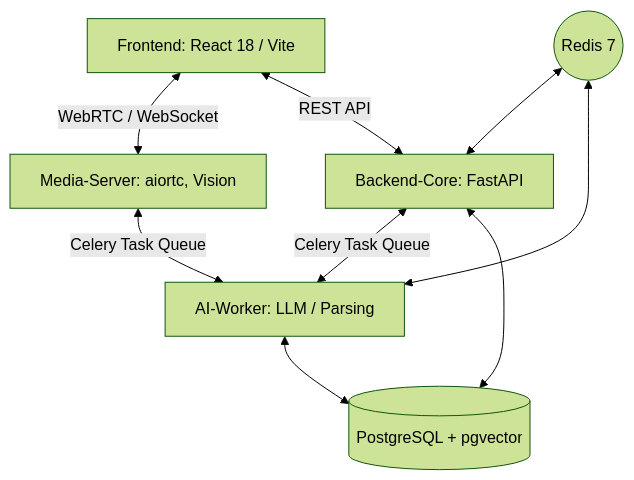
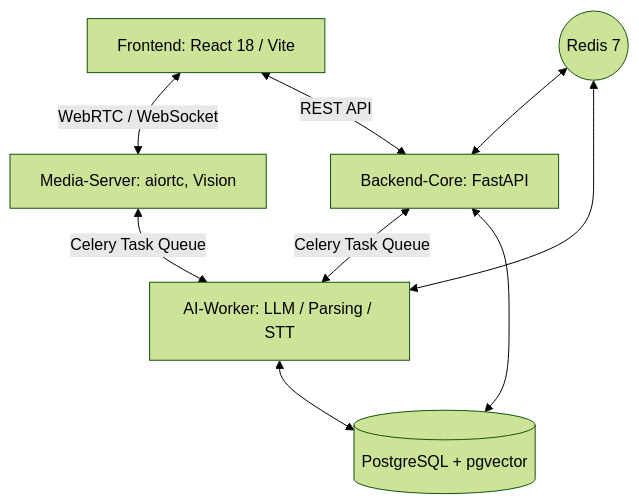
Before and after one commit to jaemin1020/Big20_aI_interview_project: the diagram in System_Design_Document.md, drawn with Mermaid (forest theme). The commit also changed other lines of this file and 7 other files, not shown here.

````diff
--- a/System_Design_Document.md
+++ b/System_Design_Document.md
@@ -25,13 +28,13 @@
 ```mermaid
 graph TD
     Client[Frontend: React 18 / Vite] <-->|WebRTC / WebSocket| Media[Media-Server: aiortc, Vision]
     Client <-->|REST API| Backend[Backend-Core: FastAPI]
-    Backend <-->|Celery Task Queue| WorkerGen[AI-Worker: LLM / Parsing]
+    Backend <-->|Celery Task Queue| WorkerGen[AI-Worker: LLM / Parsing / STT]
     Media <-->|Celery Task Queue| WorkerGen
     
     WorkerGen <--> DB[(PostgreSQL + pgvector)]
     Backend <--> DB
     
     Broker((Redis 7)) <--> Backend
     Broker <--> WorkerGen
 ```
````
